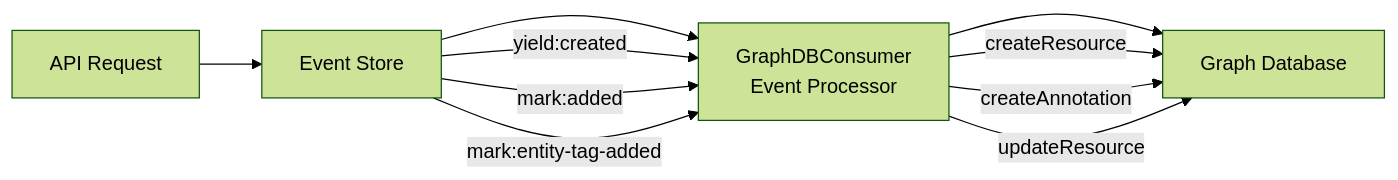
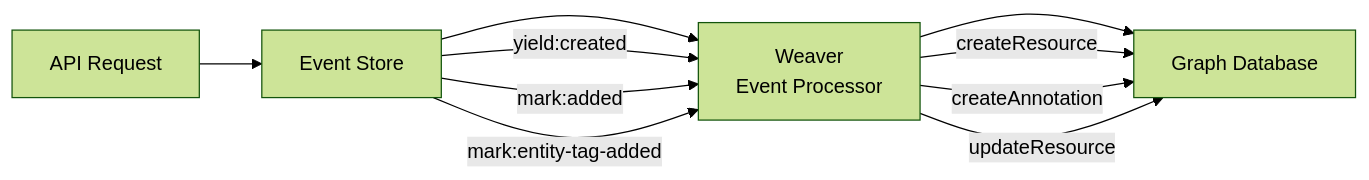
One commit to The-AI-Alliance/semiont changed the second of 2 diagrams in packages/graph/docs/ARCHITECTURE.md. Above: the diagram before and after it, drawn with Mermaid (forest theme). The commit also changed 47 other files, not shown here.

Commit message:
graph consumer -> weaver (#982)

````diff
--- a/packages/graph/docs/ARCHITECTURE.md
+++ b/packages/graph/docs/ARCHITECTURE.md
@@ -79,14 +79,14 @@
 ```mermaid
 graph LR
     API[API Request] --> ES[Event Store]
-    ES --> GC[GraphDBConsumer<br/>Event Processor]
-    GC --> GDB[Graph Database]
+    ES --> WEAVER[Weaver<br/>Event Processor]
+    WEAVER --> GDB[Graph Database]
 
-    ES -->|yield:created| GC
-    ES -->|mark:added| GC
-    ES -->|mark:entity-tag-added| GC
+    ES -->|yield:created| WEAVER
+    ES -->|mark:added| WEAVER
+    ES -->|mark:entity-tag-added| WEAVER
 
-    GC -->|createResource| GDB
-    GC -->|createAnnotation| GDB
-    GC -->|updateResource| GDB
+    WEAVER -->|createResource| GDB
+    WEAVER -->|createAnnotation| GDB
+    WEAVER -->|updateResource| GDB
 ```
````
